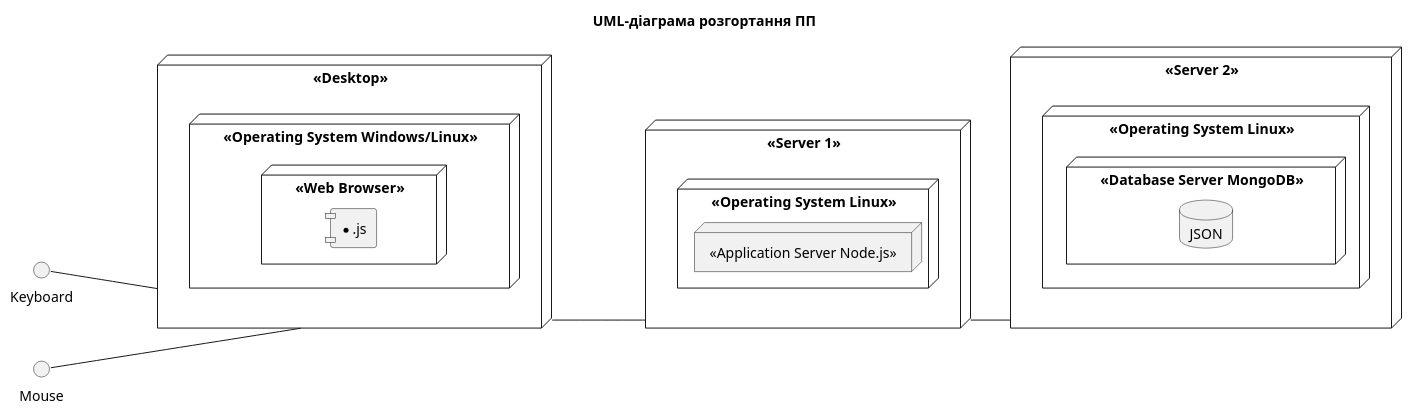
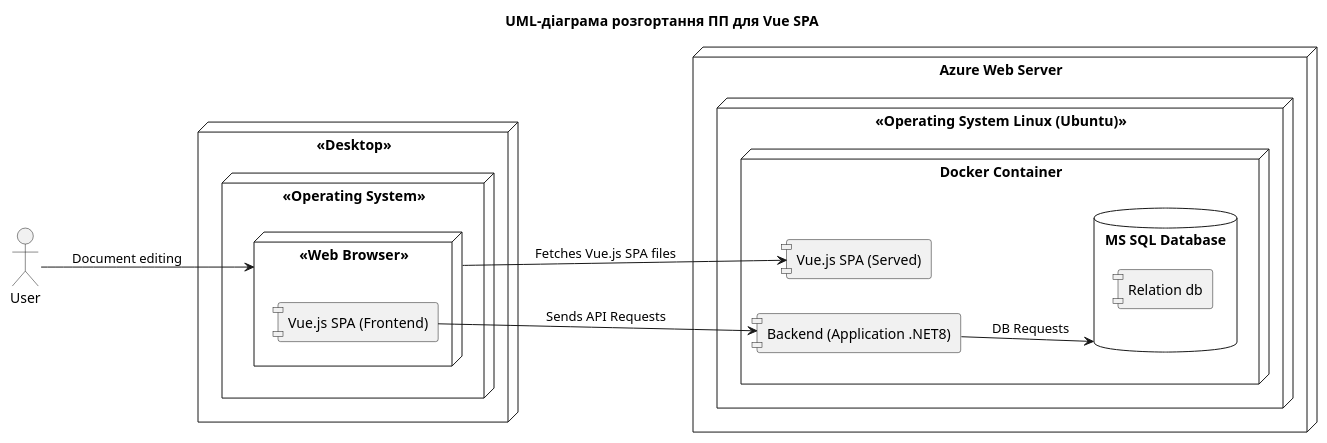
The diagram in laboratory-work-2/UML-Deployment.puml (OS-IS/ai201-rogachko), drawn with PlantUML before and after one commit.

```diff
--- a/laboratory-work-2/UML-Deployment.puml
+++ b/laboratory-work-2/UML-Deployment.puml
@@ -1,45 +1,35 @@
 @startuml
-
-title UML-діаграма розгортання ПП
+title UML-діаграма розгортання ПП для Vue SPA
 
 left to right direction
 
 skinparam componentStyle uml1
 
+actor User
+
 node "<<Desktop>>" as dk {
-    node "<<Operating System Windows/Linux>>" {
-        node "<<Web Browser>>" {
-            component [*.js]
+    node "<<Operating System>>" {
+        node "<<Web Browser>>" as browser {
+            component [Vue.js SPA (Frontend)] as vue
         }
     }
 }
 
-interface Keyboard
-
-interface Mouse
-
-Keyboard -- dk
-
-Mouse -- dk
-
-node "<<Server 1>>" as serv1 {
-	node "<<Operating System Linux>>" as l1 {
-	    node "<<Application Server Node.js>>" {
-		    component [*.js]
-		}
-	}
+node "Azure Web Server" as serv1 {
+    node "<<Operating System Linux (Ubuntu)>>" as l2 {
+        node "Docker Container" {
+            [Backend (Application .NET8)] as app
+            component [Vue.js SPA (Served)] as frontend
+            database "MS SQL Database" as db {
+                [Relation db]
+            }
+        }
+    }
 }
 
-dk -- serv1
-
-node "<<Server 2>>" as serv2 {
-	node "<<Operating System Linux>>" as l2 {
-	    node "<<Database Server MongoDB>>" {
-		    database JSON
-		}
-	}
-}
-
-serv1 -- serv2
+User --> browser : Document editing
+browser --> frontend : Fetches Vue.js SPA files
+vue --> app : Sends API Requests
+app --> db : DB Requests
 
 @enduml
```
